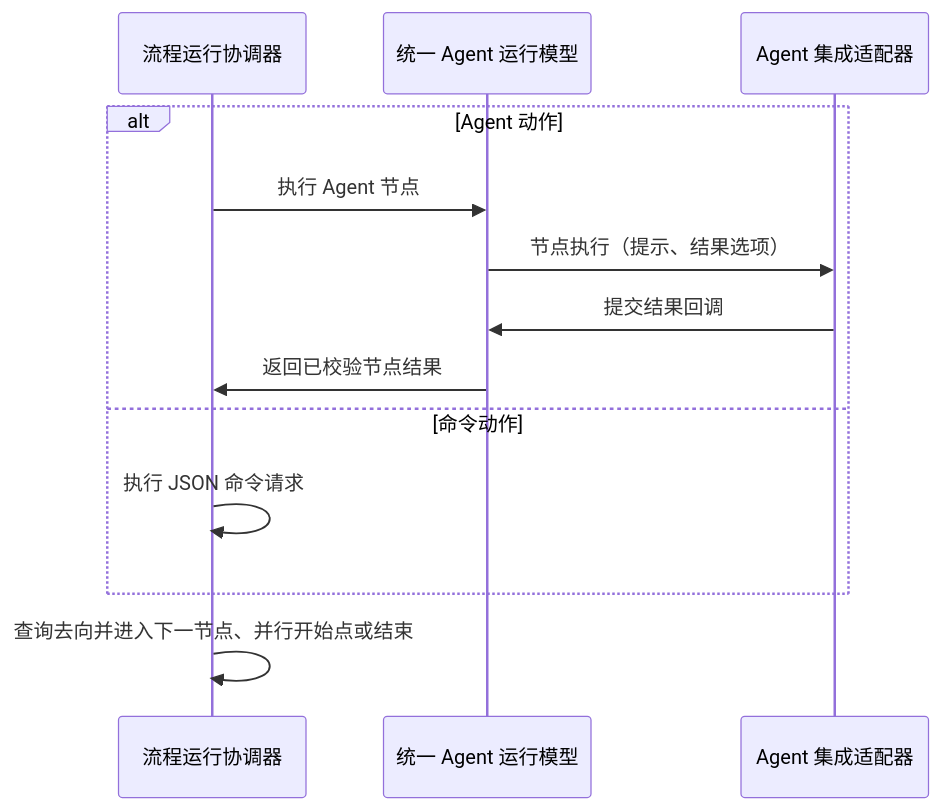
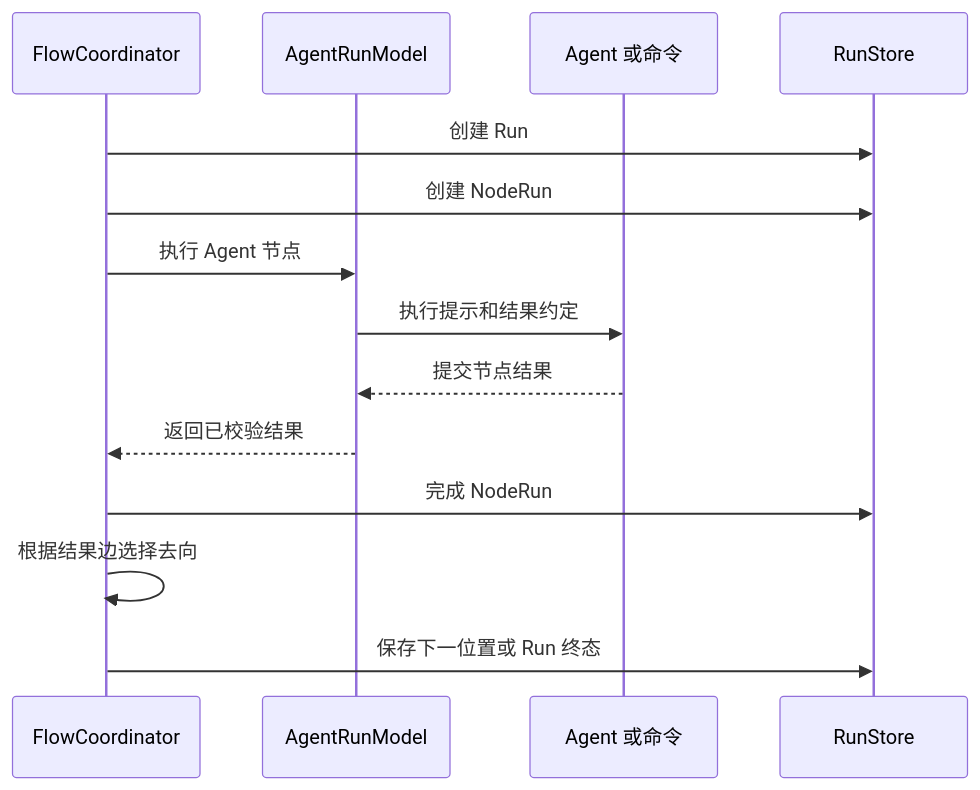
One commit to JhihJian/Agent-Flow-Runtime changed the second of 2 diagrams in docs/agent-flow-runtime-design.md. Above: the diagram before and after it, drawn with Mermaid. The commit also changed other lines of this file and 3 other files, not shown here.

Commit message:
docs: 重写 Flow Runtime 核心设计

````diff
--- a/docs/agent-flow-runtime-design.md
+++ b/docs/agent-flow-runtime-design.md
@@ -40,15 +55,17 @@
 ```mermaid
 sequenceDiagram
-  participant R as 流程运行协调器
-  participant M as 统一 Agent 运行模型
-  participant A as Agent 集成适配器
-  alt Agent 动作
-    R->>M: 执行 Agent 节点
-    M->>A: 节点执行（提示、结果选项）
-    A->>M: 提交结果回调
-    M->>R: 返回已校验节点结果
-  else 命令动作
-    R->>R: 执行 JSON 命令请求
-  end
-  R->>R: 查询去向并进入下一节点、并行开始点或结束
+  participant R as FlowCoordinator
+  participant M as AgentRunModel
+  participant X as Agent 或命令
+  participant S as RunStore
+
+  R->>S: 创建 Run
+  R->>S: 创建 NodeRun
+  R->>M: 执行 Agent 节点
+  M->>X: 执行提示和结果约定
+  X-->>M: 提交节点结果
+  M-->>R: 返回已校验结果
+  R->>S: 完成 NodeRun
+  R->>R: 根据结果边选择去向
+  R->>S: 保存下一位置或 Run 终态
 ```
````
